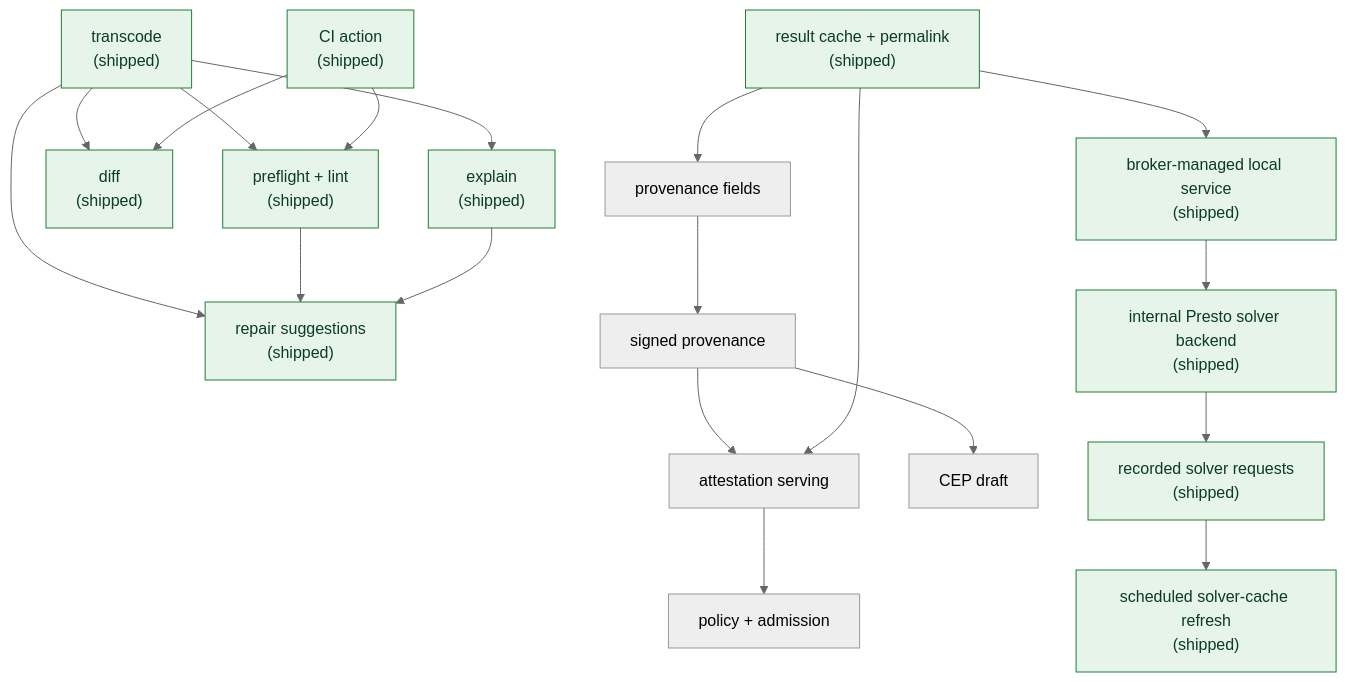
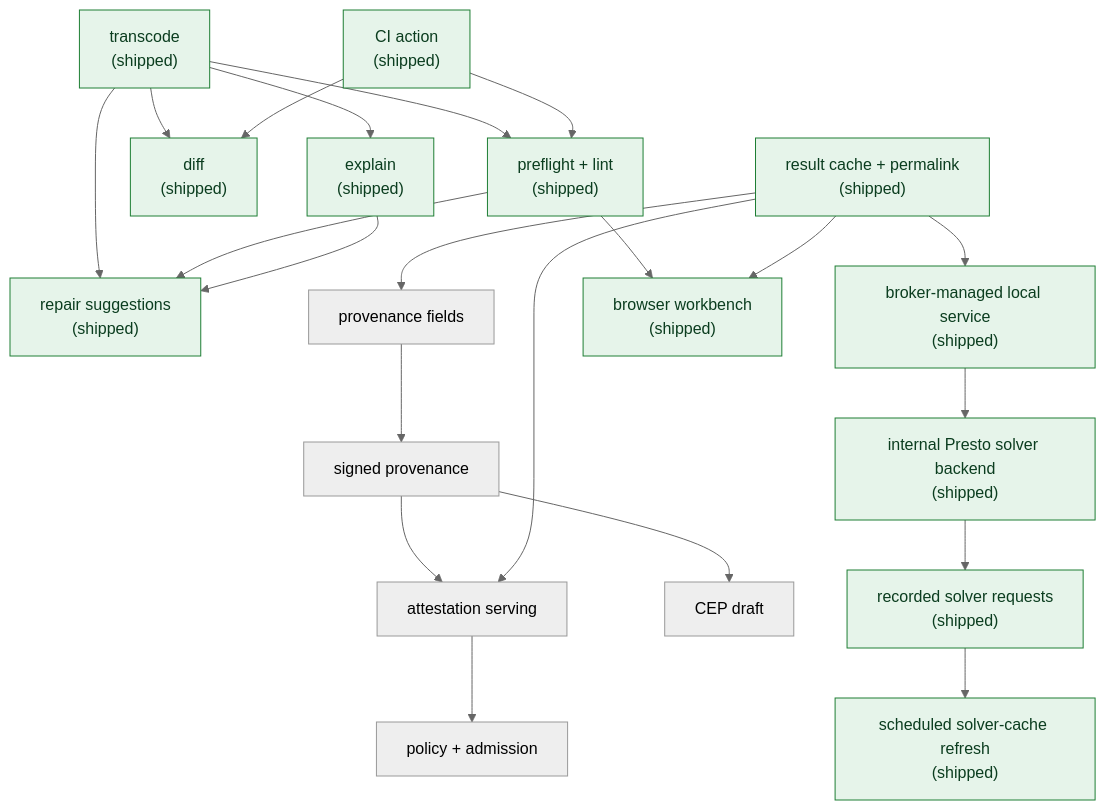
Before and after one commit to jezdez/conda-presto: the diagram in docs/proposals.md, drawn with Mermaid (neutral theme). The commit also changed other lines of this file and 7 other files, not shown here.

````diff
--- a/docs/proposals.md
+++ b/docs/proposals.md
@@ -53,24 +59,26 @@
 ```{mermaid}
 graph TD
     T["transcode\n(shipped)"] --> PF["preflight + lint\n(shipped)"]
     T --> RPR["repair suggestions\n(shipped)"]
     T --> D["diff\n(shipped)"]
     T --> E["explain\n(shipped)"]
     P["result cache + permalink\n(shipped)"] --> PV["provenance fields"]
     P --> B["broker-managed local service\n(shipped)"]
     B --> FS["internal Presto solver backend\n(shipped)"]
     FS --> WC["recorded solver requests\n(shipped)"]
     WC --> CW["scheduled solver-cache refresh\n(shipped)"]
     PF --> RPR
     E --> RPR
+    PF --> WB["browser workbench\n(shipped)"]
+    P --> WB
     PV --> A["signed provenance"]
     A --> CEP["CEP draft"]
     A --> S["attestation serving"]
     P --> S
     S --> AD["policy + admission"]
     GH["CI action\n(shipped)"] --> PF
     GH --> D
 
     classDef shipped fill:#e6f4ea,stroke:#1e7e34,color:#0b3d1f;
-    class T,P,GH,PF,D,E,RPR,B,FS,WC,CW shipped;
+    class T,P,GH,PF,D,E,RPR,B,FS,WC,CW,WB shipped;
 ```
````
